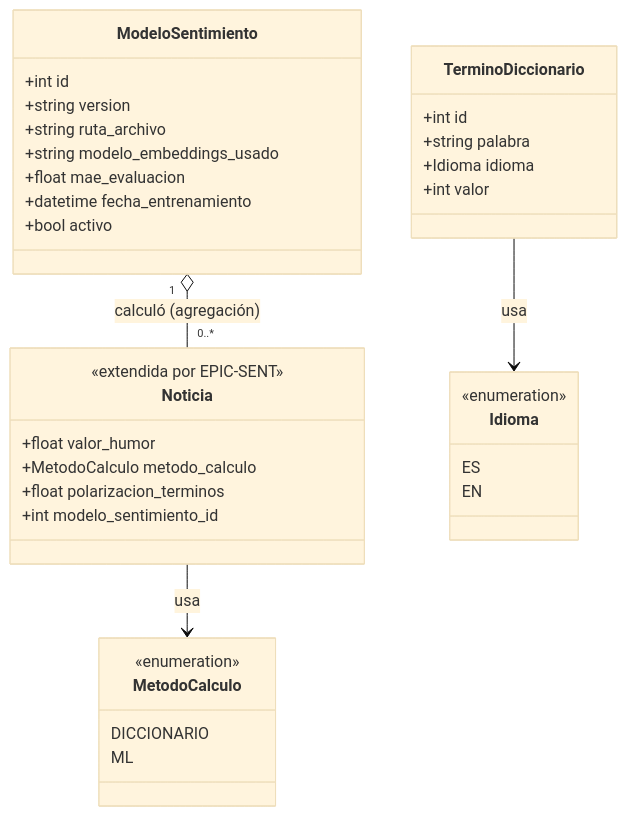
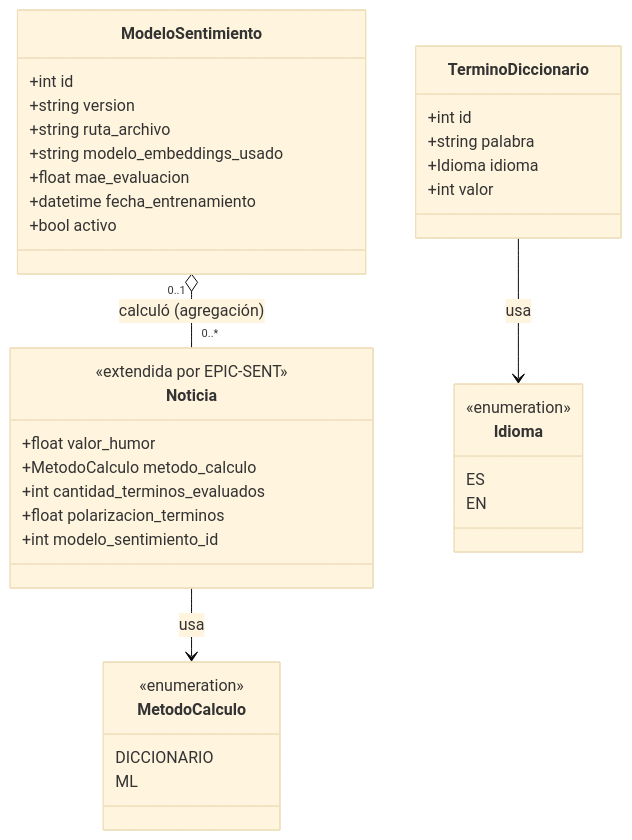
One commit to Lin0u/Equipo3-Humworld changed the diagram in docs/UML/diagrama-clases-sentimiento.md. Above: the diagram before and after it, drawn with Mermaid (base theme). The commit also changed other lines of this file and 14 other files, not shown here.

````diff
--- a/docs/UML/diagrama-clases-sentimiento.md
+++ b/docs/UML/diagrama-clases-sentimiento.md
@@ -9,43 +9,44 @@
 ```mermaid
 classDiagram
     class Noticia {
         <<extendida por EPIC-SENT>>
         +float valor_humor
         +MetodoCalculo metodo_calculo
+        +int cantidad_terminos_evaluados
         +float polarizacion_terminos
         +int modelo_sentimiento_id
     }
 
     class MetodoCalculo {
         <<enumeration>>
         DICCIONARIO
         ML
     }
 
     class TerminoDiccionario {
         +int id
         +string palabra
         +Idioma idioma
         +int valor
     }
 
     class Idioma {
         <<enumeration>>
         ES
         EN
     }
 
     class ModeloSentimiento {
         +int id
         +string version
         +string ruta_archivo
         +string modelo_embeddings_usado
         +float mae_evaluacion
         +datetime fecha_entrenamiento
         +bool activo
     }
 
     Noticia --> MetodoCalculo : usa
     TerminoDiccionario --> Idioma : usa
-    ModeloSentimiento "1" o-- "0..*" Noticia : calculó (agregación)
+    ModeloSentimiento "0..1" o-- "0..*" Noticia : calculó (agregación)
 ```
````
